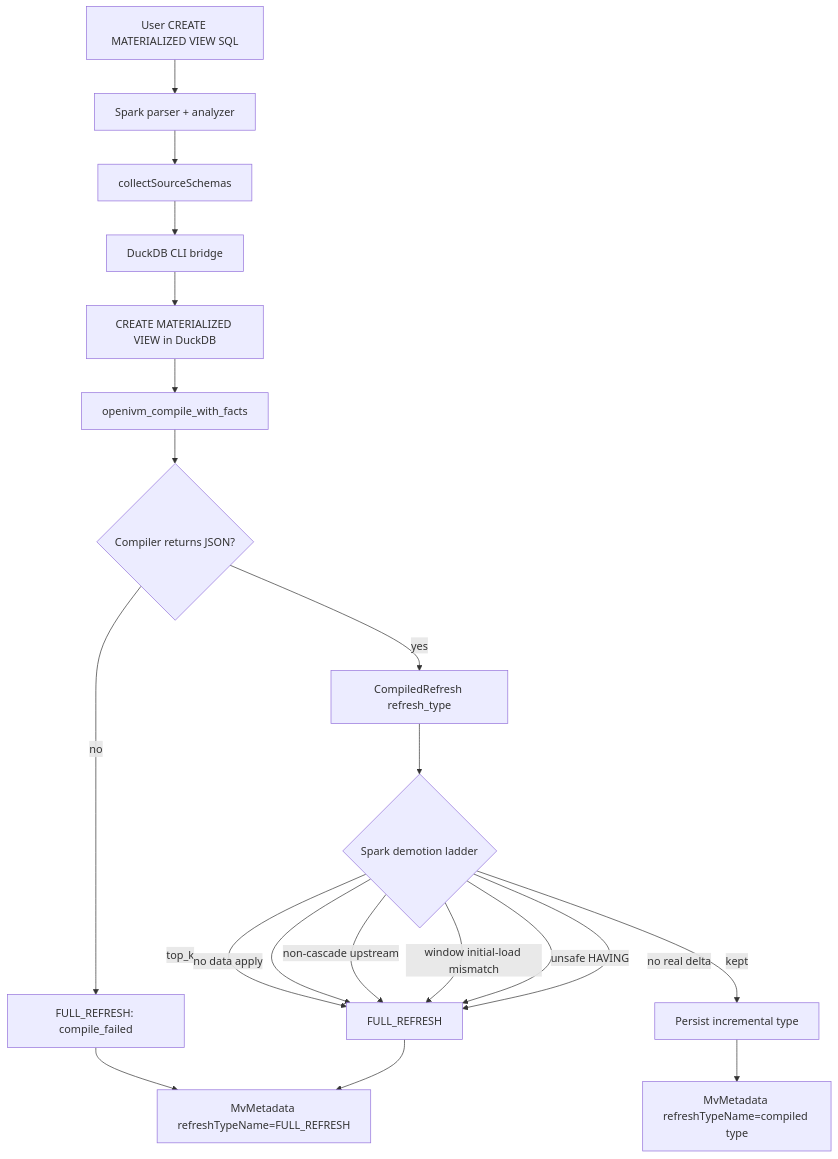
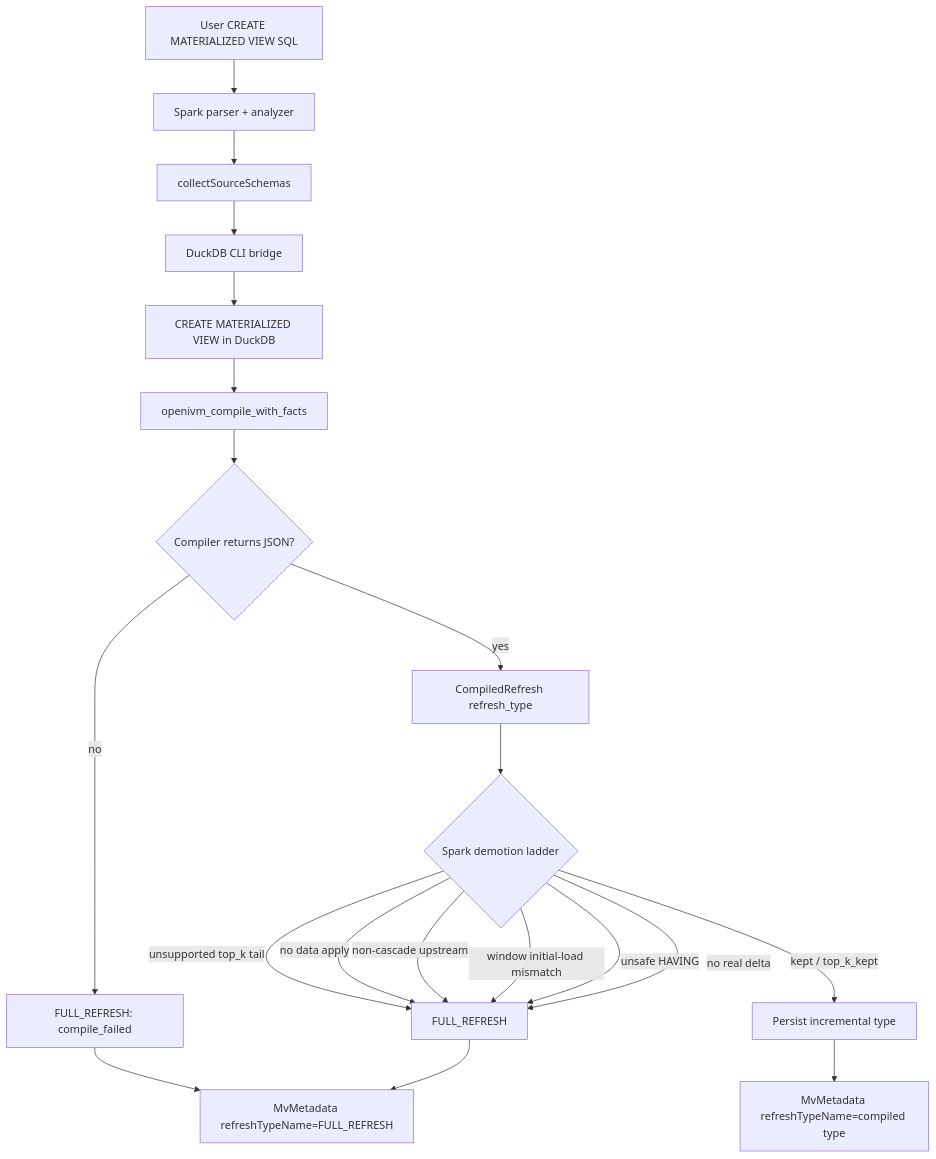
Before and after one commit to mdrakiburrahman/openivm-spark: the diagram in docs/architecture/openivm-spark/11-full-refresh-demotion-debugging.md, drawn with Mermaid. The commit also changed other lines of this file and 11 other files, not shown here.

````diff
--- a/docs/architecture/openivm-spark/11-full-refresh-demotion-debugging.md
+++ b/docs/architecture/openivm-spark/11-full-refresh-demotion-debugging.md
@@ -109,22 +109,22 @@
 ```mermaid
 flowchart TD
   A[User CREATE MATERIALIZED VIEW SQL] --> B[Spark parser + analyzer]
   B --> C[collectSourceSchemas]
   C --> D[DuckDB CLI bridge]
   D --> E[CREATE MATERIALIZED VIEW in DuckDB]
   E --> F[openivm_compile_with_facts]
   F --> G{Compiler returns JSON?}
   G -- no --> H[FULL_REFRESH: compile_failed]
   G -- yes --> I[CompiledRefresh refresh_type]
   I --> J{Spark demotion ladder}
-  J -- top_k --> K[FULL_REFRESH]
+  J -- unsupported top_k tail --> K[FULL_REFRESH]
   J -- no data apply --> K
   J -- non-cascade upstream --> K
   J -- window initial-load mismatch --> K
   J -- unsafe HAVING --> K
   J -- no real delta --> K
-  J -- kept --> L[Persist incremental type]
+  J -- kept / top_k_kept --> L[Persist incremental type]
   H --> M[MvMetadata refreshTypeName=FULL_REFRESH]
   K --> M
   L --> N[MvMetadata refreshTypeName=compiled type]
 ```
````
